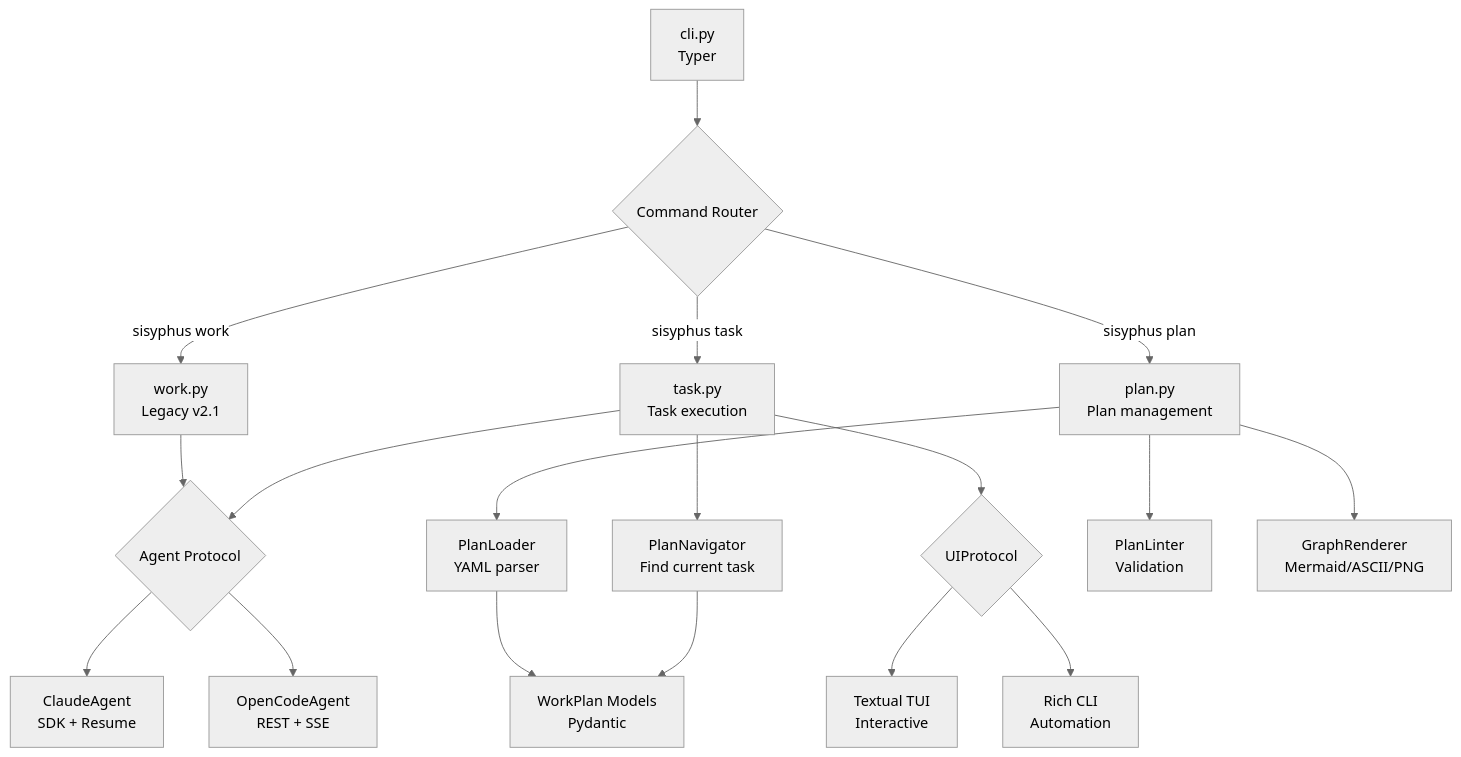
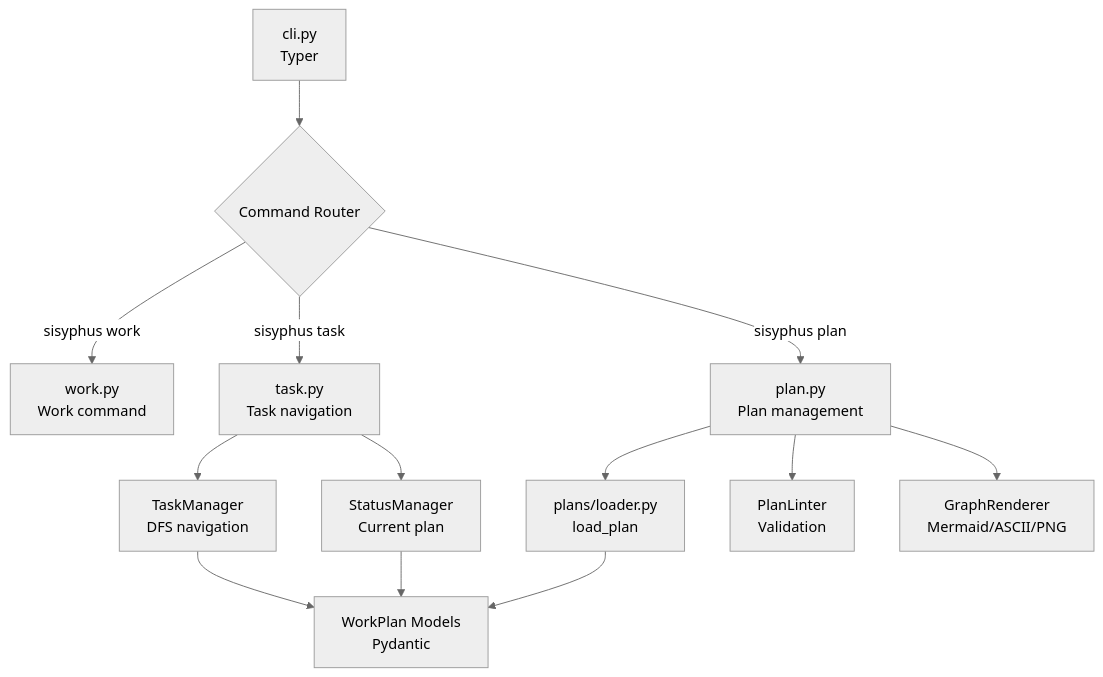
One commit to code-yeongyu/sisyphus-private changed the first of 2 diagrams in projects/sisyphus-cli/AGENTS.md. Above: the diagram before and after it, drawn with Mermaid (neutral theme). The commit also changed other lines of this file and 7 other files, not shown here.

First line of the commit message:
feat: restore 7 missing fields from v2.1 to v3.0 WorkPlan

````diff
--- a/projects/sisyphus-cli/AGENTS.md
+++ b/projects/sisyphus-cli/AGENTS.md
@@ -30,27 +30,19 @@
 ```mermaid
 graph TB
     CLI[cli.py<br/>Typer] --> CMD{Command Router}
 
-    CMD -->|sisyphus work| WORK[work.py<br/>Legacy v2.1]
-    CMD -->|sisyphus task| TASK[task.py<br/>Task execution]
+    CMD -->|sisyphus work| WORK[work.py<br/>Work command]
+    CMD -->|sisyphus task| TASK[task.py<br/>Task navigation]
     CMD -->|sisyphus plan| PLAN[plan.py<br/>Plan management]
 
-    TASK --> PN[PlanNavigator<br/>Find current task]
-    TASK --> UI{UIProtocol}
+    TASK --> TM[TaskManager<br/>DFS navigation]
+    TASK --> STATUS[StatusManager<br/>Current plan]
 
-    WORK --> AGENT{Agent Protocol}
-    TASK --> AGENT
-
-    UI --> TUI[Textual TUI<br/>Interactive]
-    UI --> CLIU[Rich CLI<br/>Automation]
-
-    AGENT --> CLAUDE[ClaudeAgent<br/>SDK + Resume]
-    AGENT --> OC[OpenCodeAgent<br/>REST + SSE]
-
-    PLAN --> LOADER[PlanLoader<br/>YAML parser]
+    PLAN --> LOADER[plans/loader.py<br/>load_plan]
     PLAN --> LINTER[PlanLinter<br/>Validation]
     PLAN --> GRAPH[GraphRenderer<br/>Mermaid/ASCII/PNG]
 
-    LOADER --> MODELS[WorkPlan Models<br/>Pydantic]
-    PN --> MODELS
+    TM --> MODELS[WorkPlan Models<br/>Pydantic]
+    LOADER --> MODELS
+    STATUS --> MODELS
 ```
````
